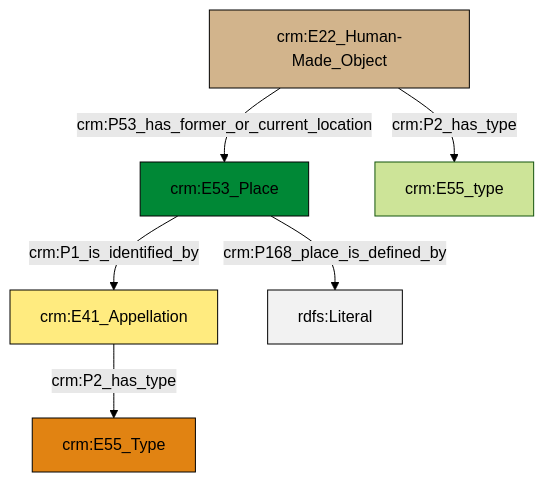
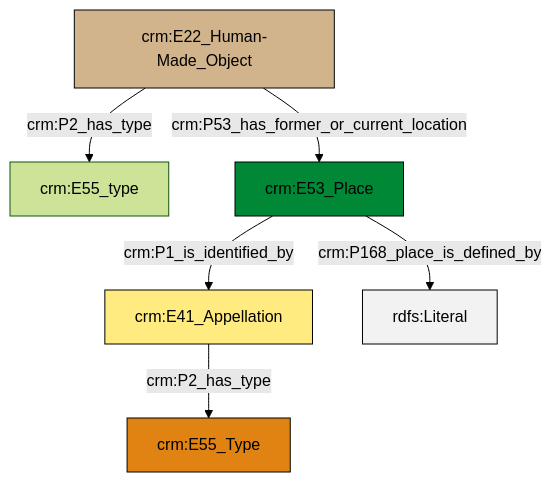
The diagram in et/builtWorkCSV/ttl/mmd/Built_Work_location.ttl.mmd (swiss-art-research-net/docs.swissartresearch), drawn with Mermaid (forest theme) before and after one commit. The commit also changed 171 other files, not shown here.

```diff
--- a/et/builtWorkCSV/ttl/mmd/Built_Work_location.ttl.mmd
+++ b/et/builtWorkCSV/ttl/mmd/Built_Work_location.ttl.mmd
@@ -1,20 +1,20 @@
 graph TD
 classDef Literal fill:#f2f2f2,stroke:#000000;
 classDef CRM_Entity fill:#FFFFFF,stroke:#000000;
 classDef Temporal_Entity fill:#00C9E6, stroke:#000000;
 classDef Type fill:#E18312, stroke:#000000;
 classDef Time-Span fill:#2C9C91, stroke:#000000;
 classDef Appellation fill:#FFEB7F, stroke:#000000;
 classDef Place fill:#008836, stroke:#000000;
 classDef Persistent_Item fill:#B266B2, stroke:#000000;
 classDef Conceptual_Object fill:#FFD700, stroke:#000000;
 classDef Physical_Thing fill:#D2B48C, stroke:#000000;
 classDef Actor fill:#f58aad, stroke:#000000;
 classDef PC_Classes fill:#4ce600, stroke:#000000;
 classDef Multi fill:#cccccc,stroke:#000000;
 
-0["crm:E53_Place"]:::Place -->|crm:P1_is_identified_by| 1["crm:E41_Appellation"]:::Appellation
-0["crm:E53_Place"]:::Place -->|crm:P168_place_is_defined_by| 2[rdfs:Literal]:::Literal
-1["crm:E41_Appellation"]:::Appellation -->|crm:P2_has_type| 3["crm:E55_Type"]:::Type
-8["crm:E22_Human-Made_Object"]:::Physical_Thing -->|crm:P2_has_type| 5["crm:E55_type"]:::Default
-8["crm:E22_Human-Made_Object"]:::Physical_Thing -->|crm:P53_has_former_or_current_location| 0["crm:E53_Place"]:::Place
+2["crm:E22_Human-Made_Object"]:::Physical_Thing -->|crm:P53_has_former_or_current_location| 4["crm:E53_Place"]:::Place
+4["crm:E53_Place"]:::Place -->|crm:P1_is_identified_by| 5["crm:E41_Appellation"]:::Appellation
+5["crm:E41_Appellation"]:::Appellation -->|crm:P2_has_type| 7["crm:E55_Type"]:::Type
+4["crm:E53_Place"]:::Place -->|crm:P168_place_is_defined_by| 8[rdfs:Literal]:::Literal
+2["crm:E22_Human-Made_Object"]:::Physical_Thing -->|crm:P2_has_type| 0["crm:E55_type"]:::Default
```
